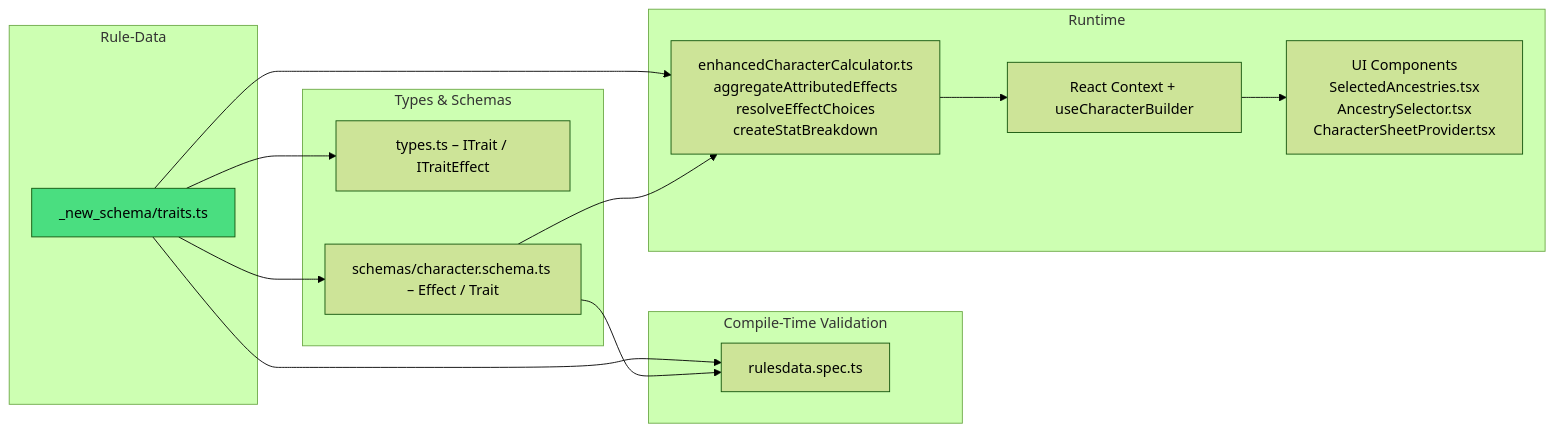
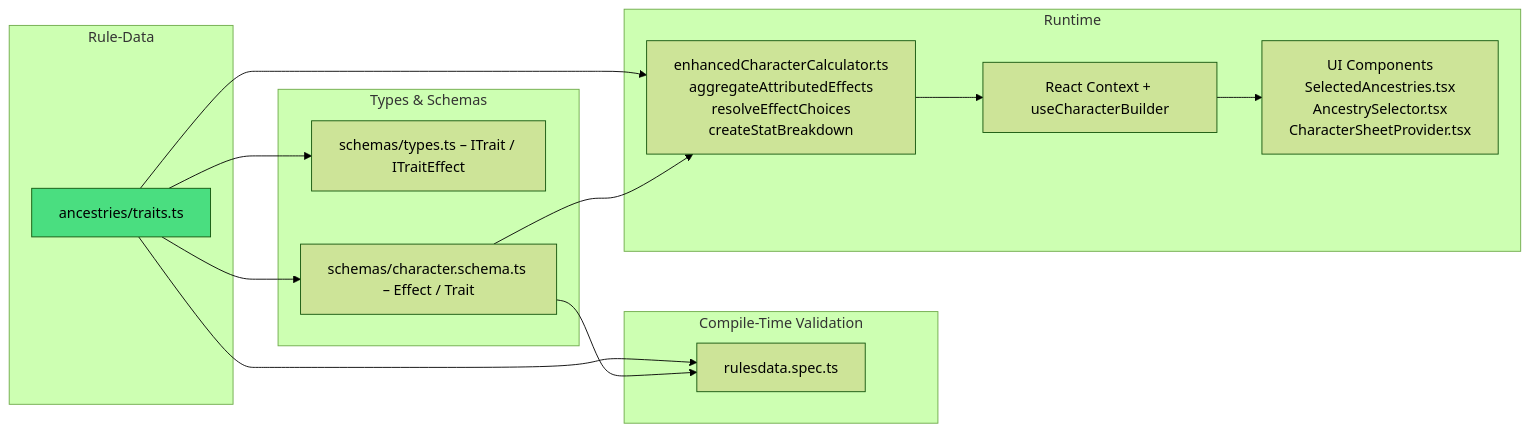
Before and after one commit to YasafVol/dc20clean: the diagram in docs/systems/TRAITS_SYSTEM.MD, drawn with Mermaid (forest theme). The commit also changed other lines of this file and 3 other files, not shown here.

````diff
--- a/docs/systems/TRAITS_SYSTEM.MD
+++ b/docs/systems/TRAITS_SYSTEM.MD
@@ -12,29 +12,29 @@
 ```mermaid
 flowchart LR
     subgraph Rule-Data
-        A1[_new_schema/traits.ts]
+        A1[ancestries/traits.ts]
         style A1 fill:#4ade80,color:#000
     end
 
     subgraph Types & Schemas
-        B1[types.ts – ITrait / ITraitEffect]
+        B1[schemas/types.ts – ITrait / ITraitEffect]
         B2[schemas/character.schema.ts – Effect / Trait]
     end
 
     A1 --> B1
     A1 --> B2
 
     subgraph Compile-Time Validation
         C1[rulesdata.spec.ts]
     end
     A1 --> C1
     B2 --> C1
 
     subgraph Runtime
         D1[enhancedCharacterCalculator.ts<br/>aggregateAttributedEffects<br/>resolveEffectChoices<br/>createStatBreakdown]
         D2[React Context + useCharacterBuilder]
         D3[UI Components<br/>SelectedAncestries.tsx<br/>AncestrySelector.tsx<br/>CharacterSheetProvider.tsx]
     end
 
     A1 & B2 --> D1 --> D2 --> D3
 ```
````
